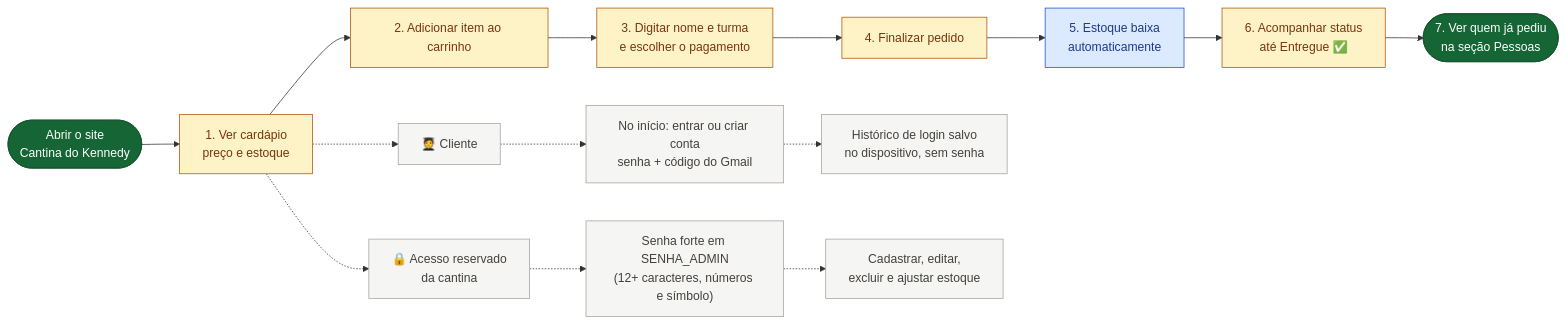
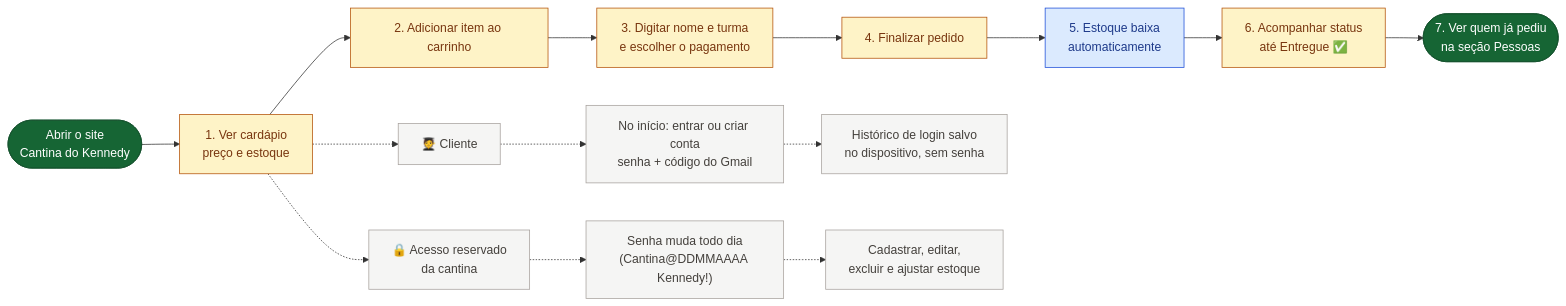
The diagram in fluxograma-simples.md (afonsomiguel700/cantina-kennedy), drawn with Mermaid before and after one commit. The commit also changed 8 other files, not shown here.

Commit message:
Senha admin muda todo dia

````diff
--- a/fluxograma-simples.md
+++ b/fluxograma-simples.md
@@ -12,29 +12,29 @@
 ```mermaid
 flowchart LR
     A(["Abrir o site<br/>Cantina do Kennedy"])
     B["1. Ver cardápio<br/>preço e estoque"]
     C["2. Adicionar item ao carrinho"]
     D["3. Digitar nome e turma<br/>e escolher o pagamento"]
     E["4. Finalizar pedido"]
     F["5. Estoque baixa<br/>automaticamente"]
     G["6. Acompanhar status<br/>até Entregue ✅"]
     H(["7. Ver quem já pediu<br/>na seção Pessoas"])
 
     A --> B --> C --> D --> E --> F --> G --> H
 
     B -.-> I["🧑‍🎓 Cliente"]
     I -.-> J["No início: entrar ou criar conta<br/>senha + código do Gmail"]
     J -.-> N["Histórico de login salvo<br/>no dispositivo, sem senha"]
     B -.-> L["🔒 Acesso reservado<br/>da cantina"]
-    L -.-> M["Senha forte em SENHA_ADMIN<br/>(12+ caracteres, números e símbolo)"]
+    L -.-> M["Senha muda todo dia<br/>(Cantina@DDMMAAAA Kennedy!)"]
     M -.-> K["Cadastrar, editar,<br/>excluir e ajustar estoque"]
 
     classDef inicio fill:#166534,stroke:#14532d,color:#ffffff;
     classDef acao fill:#fef3c7,stroke:#b45309,color:#78350f;
     classDef salvo fill:#dbeafe,stroke:#1d4ed8,color:#1e3a8a;
     classDef extra fill:#f5f5f4,stroke:#a8a29e,color:#44403c;
     class A,H inicio;
     class B,C,D,E,G acao;
     class F salvo;
     class I,J,L,M,K,N extra;
 ```
````
